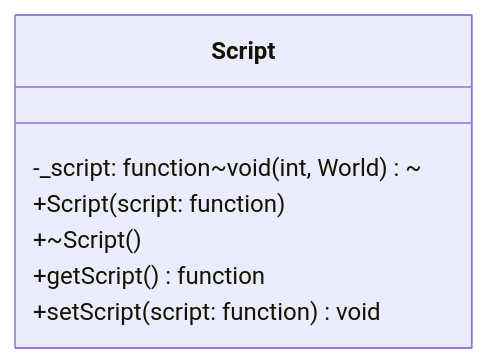
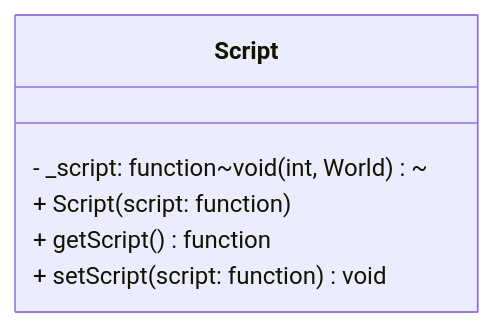
Before and after one commit to MYAMBO/R-Type: the diagram in docs/ECS/component/Script.md, drawn with Mermaid. The commit also changed other lines of this file and 17 other files, not shown here.

````diff
--- a/docs/ECS/component/Script.md
+++ b/docs/ECS/component/Script.md
@@ -12,10 +35,9 @@
 ```mermaid
 classDiagram
   class Script {
-    -_script: function~void(int, World)~
-    +Script(script: function)
-    +~Script()
-    +getScript() function
-    +setScript(script: function) void
+    - _script: function~void(int, World)~
+    + Script(script: function)
+    + getScript() function
+    + setScript(script: function) void
   }
 ```
````
